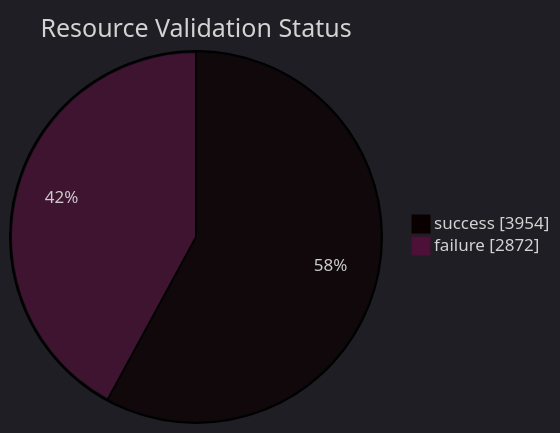
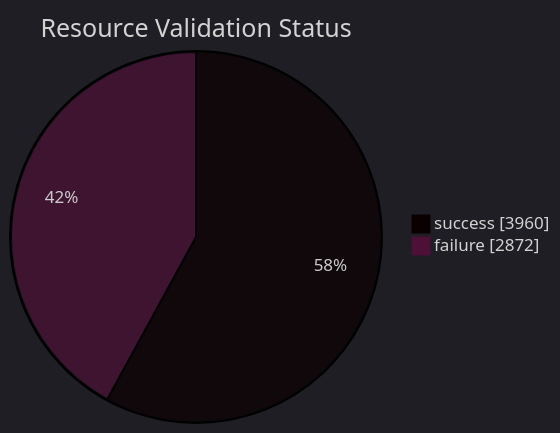
One commit to open-data/analytics-corporate-reporting changed the diagram in datastore_tracker/resource_validation_status_pie_chart.md. Above: the diagram before and after it, drawn with Mermaid. The commit also changed 9 other files, not shown here.

````diff
--- a/datastore_tracker/resource_validation_status_pie_chart.md
+++ b/datastore_tracker/resource_validation_status_pie_chart.md
@@ -2,9 +2,9 @@
 ```mermaid
 ---
 config:
   theme: dark
 ---
 pie showData title Resource Validation Status
-    "success": 3954
+    "success": 3960
     "failure": 2872
 ```
````
